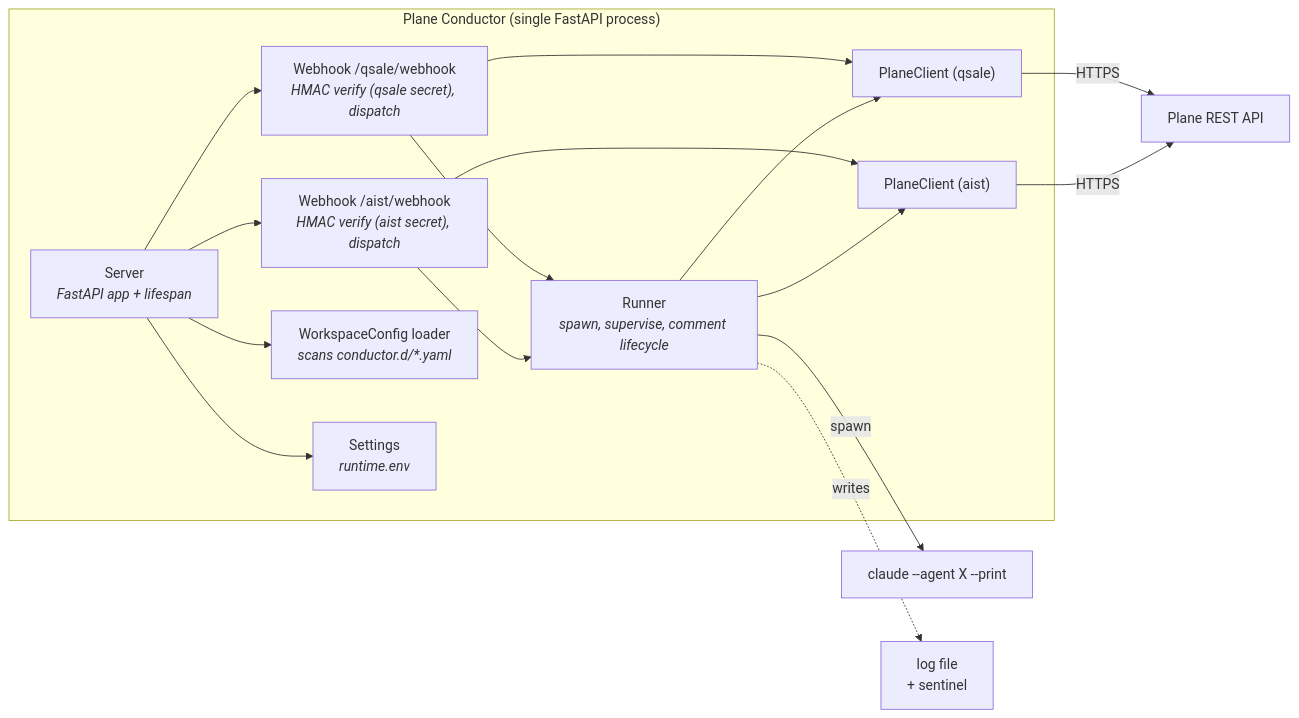
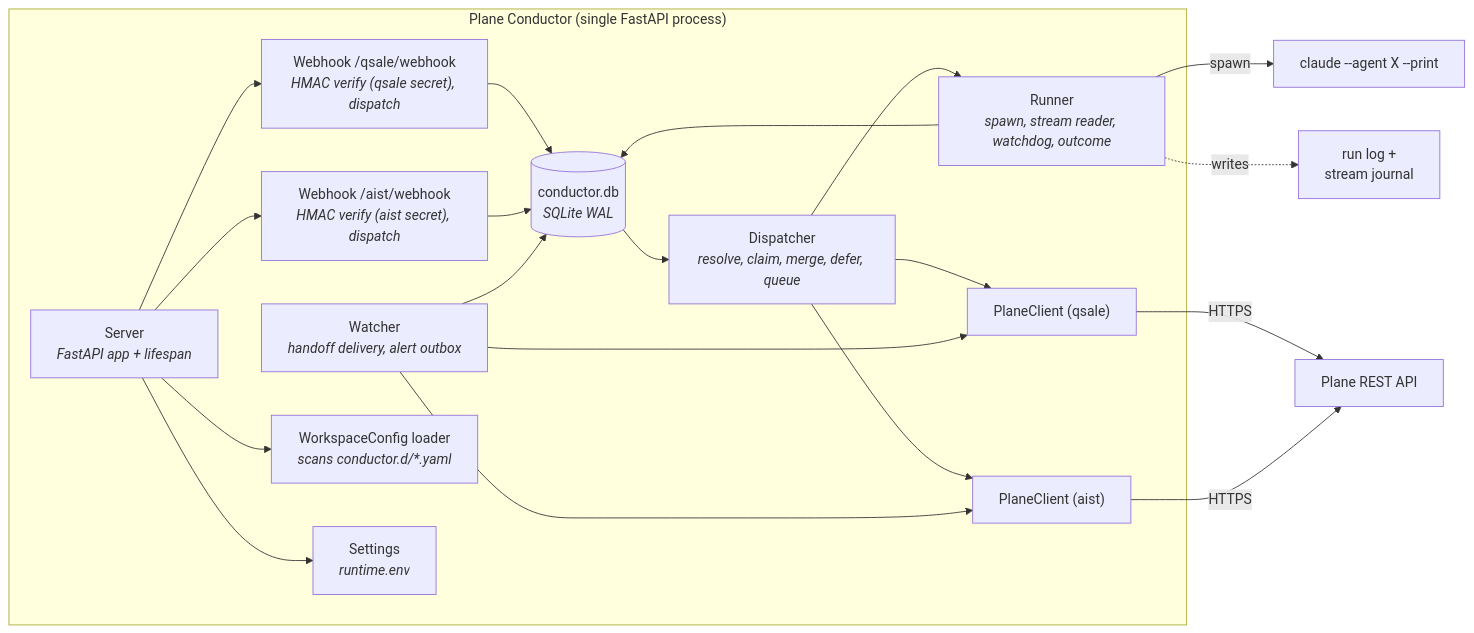
Before and after one commit to volodchenkov/plane-conductor: the second of 2 diagrams in docs/architecture.md, drawn with Mermaid. The commit also changed other lines of this file and 40 other files, not shown here.

````diff
--- a/docs/architecture.md
+++ b/docs/architecture.md
@@ -67,29 +67,36 @@
 ```mermaid
 flowchart LR
     subgraph Conductor["Plane Conductor (single FastAPI process)"]
         Server["Server<br/><i>FastAPI app + lifespan</i>"]
         WebhookA["Webhook /qsale/webhook<br/><i>HMAC verify (qsale secret), dispatch</i>"]
         WebhookB["Webhook /aist/webhook<br/><i>HMAC verify (aist secret), dispatch</i>"]
-        Runner["Runner<br/><i>spawn, supervise, comment lifecycle</i>"]
+        Dispatcher["Dispatcher<br/><i>resolve, claim, merge, defer, queue</i>"]
+        Runner["Runner<br/><i>spawn, stream reader, watchdog, outcome</i>"]
+        Watcher["Watcher<br/><i>handoff delivery, alert outbox</i>"]
+        Store[("conductor.db<br/><i>SQLite WAL</i>")]
         PlaneA["PlaneClient (qsale)"]
         PlaneB["PlaneClient (aist)"]
         Loader["WorkspaceConfig loader<br/><i>scans conductor.d/*.yaml</i>"]
         Settings["Settings<br/><i>runtime.env</i>"]
     end
 
     Server --> WebhookA
     Server --> WebhookB
     Server --> Loader
     Server --> Settings
-    WebhookA --> Runner
-    WebhookB --> Runner
-    WebhookA --> PlaneA
-    WebhookB --> PlaneB
-    Runner --> PlaneA
-    Runner --> PlaneB
+    WebhookA --> Store
+    WebhookB --> Store
+    Store --> Dispatcher
+    Dispatcher --> Runner
+    Runner --> Store
+    Watcher --> Store
+    Dispatcher --> PlaneA
+    Dispatcher --> PlaneB
+    Watcher --> PlaneA
+    Watcher --> PlaneB
 
     Runner -->|spawn| Subprocess["claude --agent X --print"]
-    Runner -. writes .-> Log["log file<br/>+ sentinel"]
+    Runner -. writes .-> Log["run log +<br/>stream journal"]
     PlaneA -->|HTTPS| PlaneREST["Plane REST API"]
     PlaneB -->|HTTPS| PlaneREST
 ```
````
